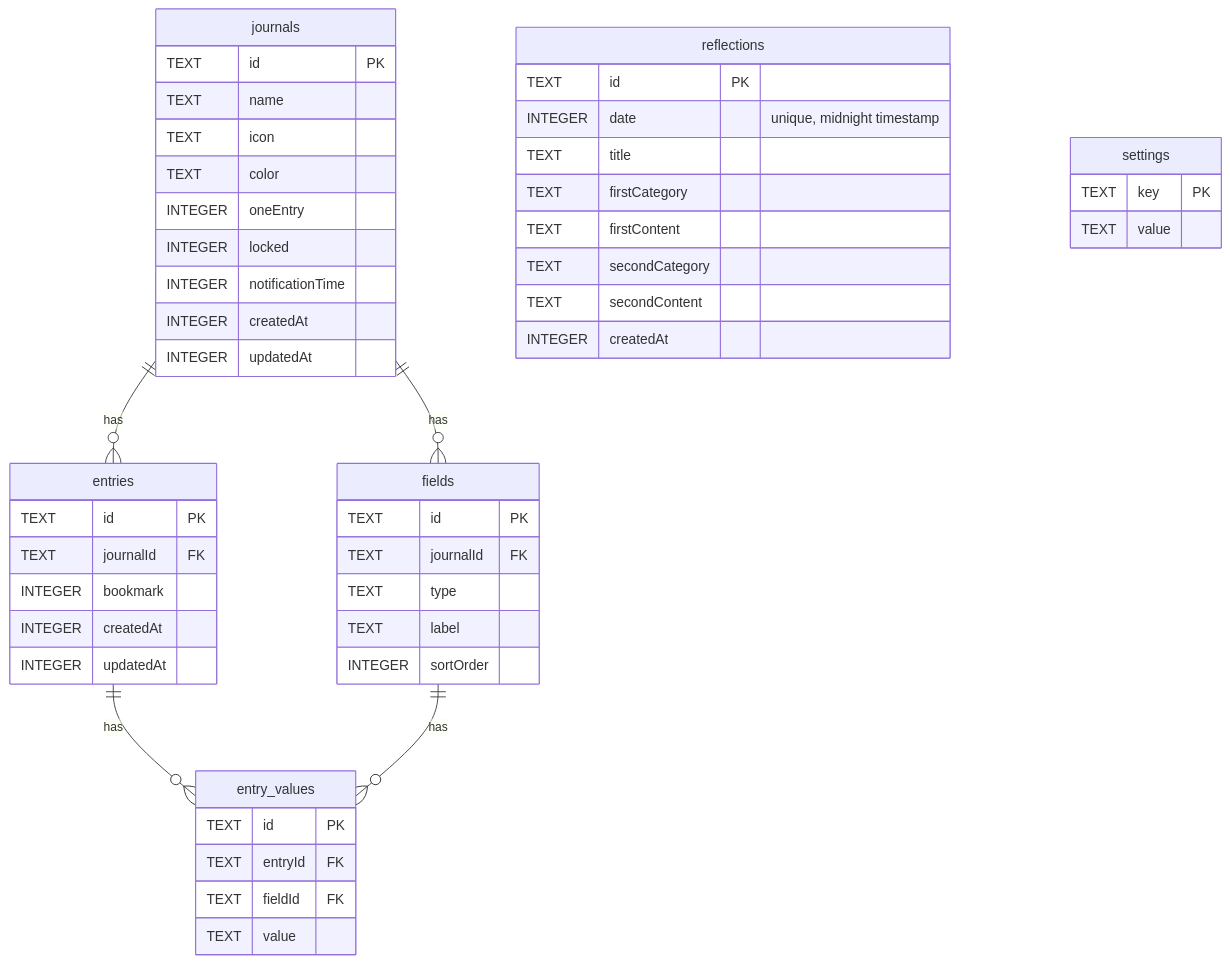
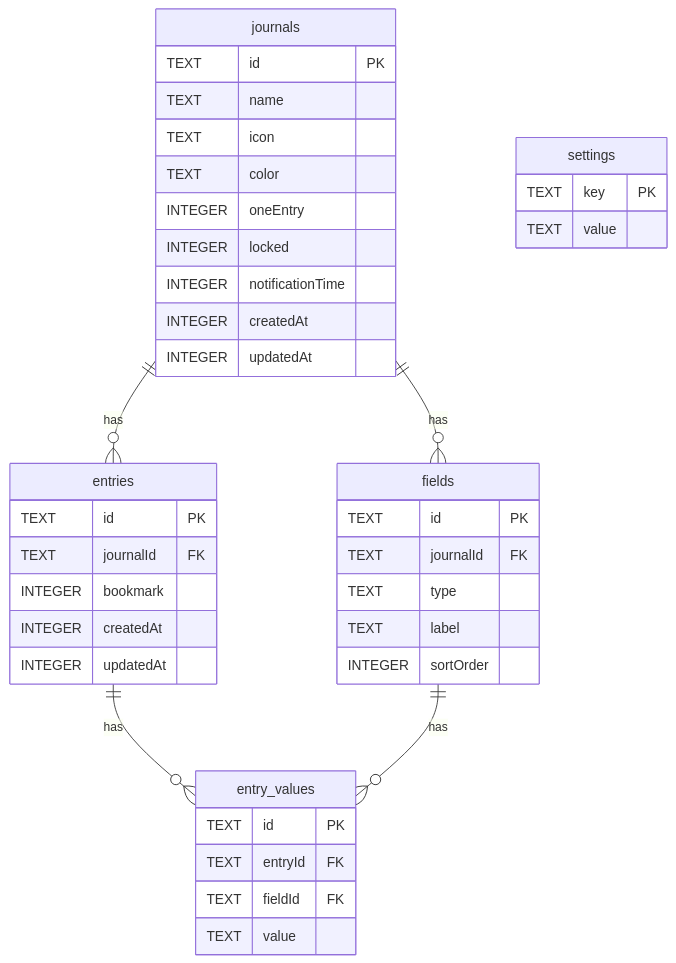
One commit to 273Do/Nicky changed the diagram in docs/guides/database.md. Above: the diagram before and after it, drawn with Mermaid. The commit also changed other lines of this file and 32 other files, not shown here.

````diff
--- a/docs/guides/database.md
+++ b/docs/guides/database.md
@@ -15,58 +14,47 @@
 ```mermaid
 erDiagram
     journals {
         TEXT id PK
         TEXT name
         TEXT icon
         TEXT color
         INTEGER oneEntry
         INTEGER locked
         INTEGER notificationTime
         INTEGER createdAt
         INTEGER updatedAt
     }
 
     fields {
         TEXT id PK
         TEXT journalId FK
         TEXT type
         TEXT label
         INTEGER sortOrder
     }
 
     entries {
         TEXT id PK
         TEXT journalId FK
         INTEGER bookmark
         INTEGER createdAt
         INTEGER updatedAt
     }
 
     entry_values {
         TEXT id PK
         TEXT entryId FK
         TEXT fieldId FK
         TEXT value
     }
 
-    reflections {
-        TEXT id PK
-        INTEGER date "unique, midnight timestamp"
-        TEXT title
-        TEXT firstCategory
-        TEXT firstContent
-        TEXT secondCategory
-        TEXT secondContent
-        INTEGER createdAt
-    }
-
     settings {
         TEXT key PK
         TEXT value
     }
 
     journals ||--o{ fields : "has"
     journals ||--o{ entries : "has"
     entries ||--o{ entry_values : "has"
     fields ||--o{ entry_values : "has"
 ```
````
